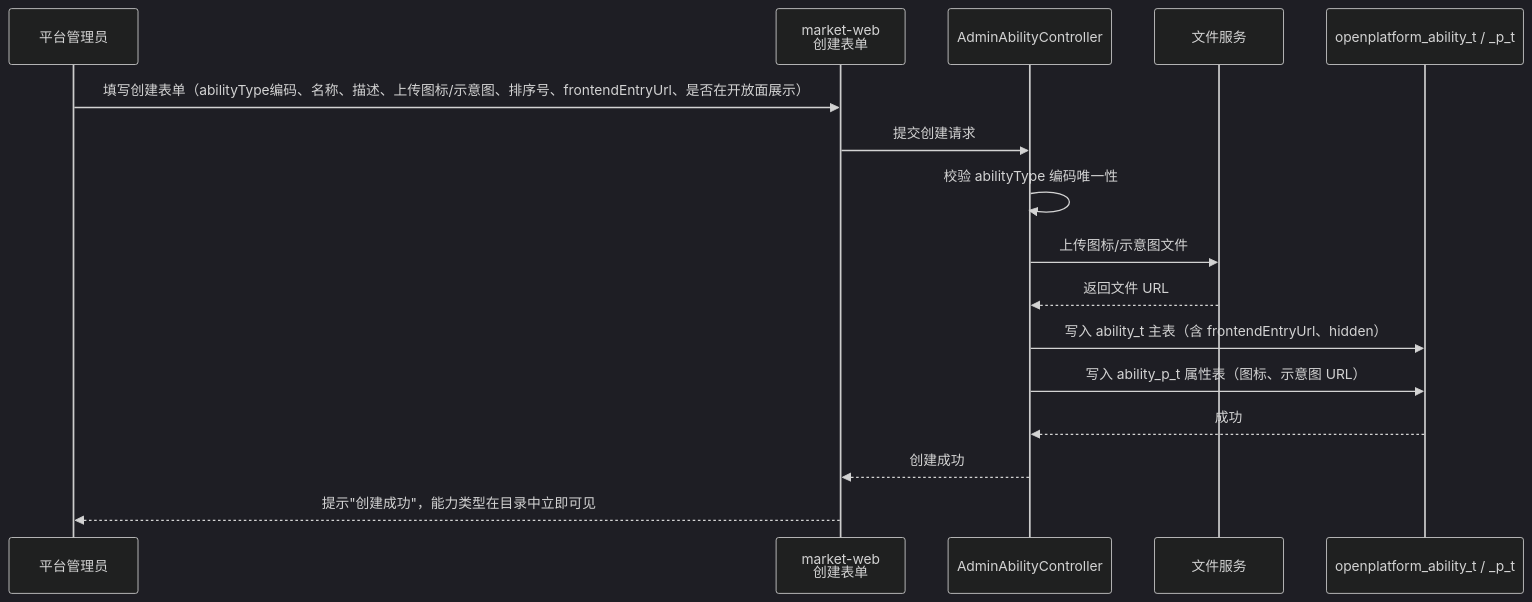
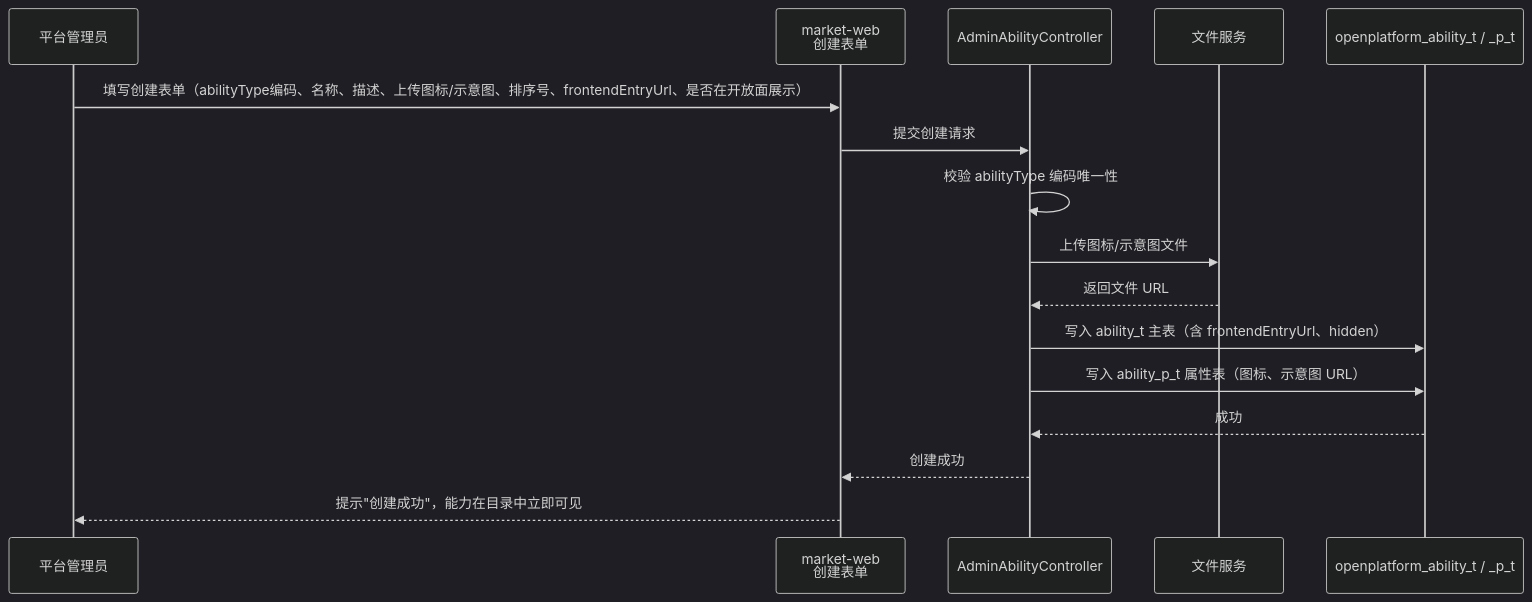
Before and after one commit to THZSummer/open-app: the second of 5 diagrams in .sddu/specs-tree-root/specs-tree-ability-embedding/specs-tree-embedding-platform/plan.md, drawn with Mermaid (dark theme). The commit also changed other lines of this file and 6 other files, not shown here.

````diff
--- a/.sddu/specs-tree-root/specs-tree-ability-embedding/specs-tree-embedding-platform/plan.md
+++ b/.sddu/specs-tree-root/specs-tree-ability-embedding/specs-tree-embedding-platform/plan.md
@@ -69,19 +69,19 @@
 ```mermaid
 sequenceDiagram
     participant Admin as 平台管理员
     participant Web as market-web<br/>创建表单
     participant AdminCtrl as AdminAbilityController
     participant FileSvc as 文件服务
     participant DB as openplatform_ability_t / _p_t
 
     Admin->>Web: 填写创建表单（abilityType编码、名称、描述、上传图标/示意图、排序号、frontendEntryUrl、是否在开放面展示）
     Web->>AdminCtrl: 提交创建请求
     AdminCtrl->>AdminCtrl: 校验 abilityType 编码唯一性
     AdminCtrl->>FileSvc: 上传图标/示意图文件
     FileSvc-->>AdminCtrl: 返回文件 URL
     AdminCtrl->>DB: 写入 ability_t 主表（含 frontendEntryUrl、hidden）
     AdminCtrl->>DB: 写入 ability_p_t 属性表（图标、示意图 URL）
     DB-->>AdminCtrl: 成功
     AdminCtrl-->>Web: 创建成功
-    Web-->>Admin: 提示"创建成功"，能力类型在目录中立即可见
+    Web-->>Admin: 提示"创建成功"，能力在目录中立即可见
 ```
````
